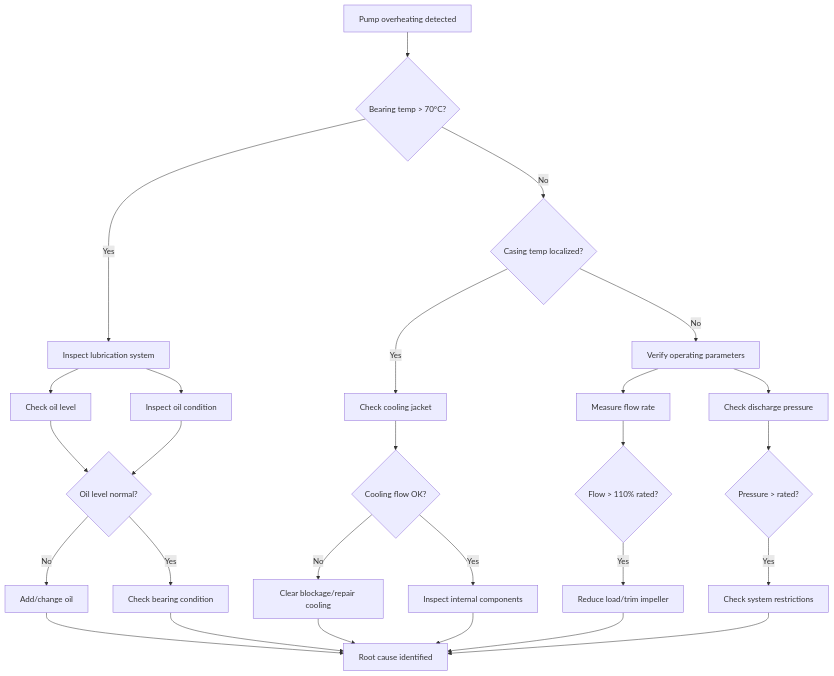
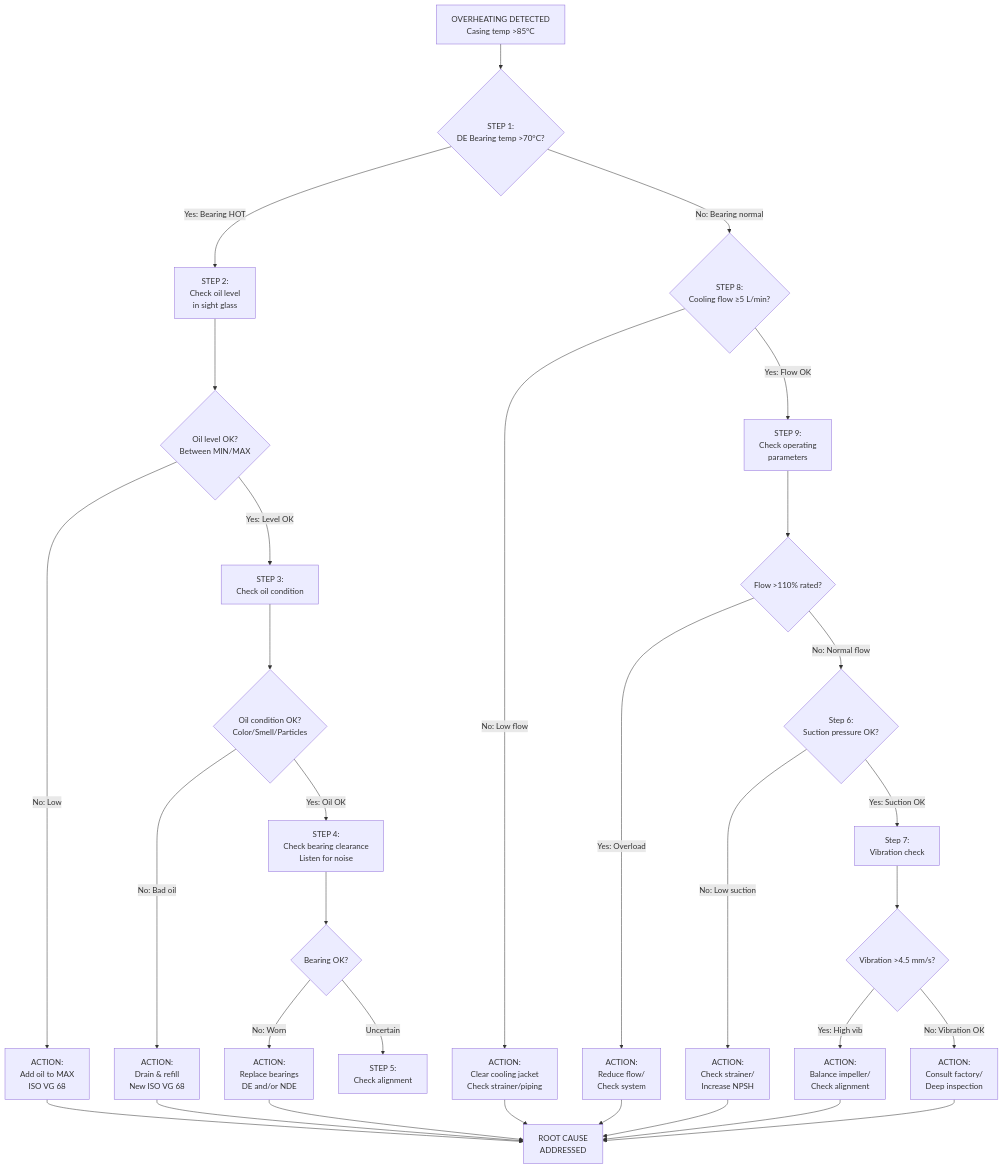
One commit to Ma-fee/diagnosisClaw changed the first of 2 diagrams in packages/xeno-agent/config/skills/diagnosis_planning/examples/pump_overheating.md. Above: the diagram before and after it, drawn with Mermaid. The commit also changed other lines of this file and 3 other files, not shown here.

````diff
--- a/packages/xeno-agent/config/skills/diagnosis_planning/examples/pump_overheating.md
+++ b/packages/xeno-agent/config/skills/diagnosis_planning/examples/pump_overheating.md
@@ -106,34 +287,42 @@
 ```mermaid
 graph TD
-    A["Pump overheating detected"] --> B{"Bearing temp > 70°C?"}
-    B -->|Yes| C["Inspect lubrication system"]
-    B -->|No| D{"Casing temp localized?"}
+    A["OVERHEATING DETECTED<br/>Casing temp >85°C"] --> B{"STEP 1:<br/>DE Bearing temp >70°C?"}
     
-    C --> C1["Check oil level"]
-    C --> C2["Inspect oil condition"]
-    C1 --> C3{"Oil level normal?"}
-    C2 --> C3
-    C3 -->|No| C4["Add/change oil"]
-    C3 -->|Yes| C5["Check bearing condition"]
+    B -->|"Yes: Bearing HOT"| C["STEP 2:<br/>Check oil level<br/>in sight glass"]
+    B -->|"No: Bearing normal"| D{"STEP 8:<br/>Cooling flow ≥5 L/min?"}
     
-    D -->|Yes| E["Check cooling jacket"]
-    D -->|No| F["Verify operating parameters"]
+    C --> C1{"Oil level OK?<br/>Between MIN/MAX"}
+    C1 -->|"No: Low"| C2["ACTION:<br/>Add oil to MAX<br/>ISO VG 68"]
+    C1 -->|"Yes: Level OK"| C3["STEP 3:<br/>Check oil condition"]
     
-    E --> E1{"Cooling flow OK?"}
-    E1 -->|No| E2["Clear blockage/repair cooling"]
-    E1 -->|Yes| E3["Inspect internal components"]
+    C3 --> C4{"Oil condition OK?<br/>Color/Smell/Particles"}
+    C4 -->|"No: Bad oil"| C5["ACTION:<br/>Drain & refill<br/>New ISO VG 68"]
+    C4 -->|"Yes: Oil OK"| C6["STEP 4:<br/>Check bearing clearance<br/>Listen for noise"]
     
-    F --> F1["Measure flow rate"]
-    F --> F2["Check discharge pressure"]
-    F1 --> F3{"Flow > 110% rated?"}
-    F2 --> F4{"Pressure > rated?"}
-    F3 -->|Yes| F5["Reduce load/trim impeller"]
-    F4 -->|Yes| F6["Check system restrictions"]
+    C6 --> C7{"Bearing OK?"}
+    C7 -->|"No: Worn"| C8["ACTION:<br/>Replace bearings<br/>DE and/or NDE"]
+    C7 -->|"Uncertain"| C9["STEP 5:<br/>Check alignment"]
     
-    C5 --> G["Root cause identified"]
-    E3 --> G
-    E2 --> G
-    C4 --> G
-    F5 --> G
-    F6 --> G
+    D -->|"No: Low flow"| D1["ACTION:<br/>Clear cooling jacket<br/>Check strainer/piping"]
+    D -->|"Yes: Flow OK"| D2["STEP 9:<br/>Check operating<br/>parameters"]
+    
+    D2 --> D3{"Flow >110% rated?"}
+    D3 -->|"Yes: Overload"| D4["ACTION:<br/>Reduce flow/<br/>Check system"]
+    D3 -->|"No: Normal flow"| D5{"Step 6:<br/>Suction pressure OK?"}
+    
+    D5 -->|"No: Low suction"| D6["ACTION:<br/>Check strainer/<br/>Increase NPSH"]
+    D5 -->|"Yes: Suction OK"| D7["Step 7:<br/>Vibration check"]
+    
+    D7 --> D8{"Vibration >4.5 mm/s?"}
+    D8 -->|"Yes: High vib"| D9["ACTION:<br/>Balance impeller/<br/>Check alignment"]
+    D8 -->|"No: Vibration OK"| D10["ACTION:<br/>Consult factory/<br/>Deep inspection"]
+    
+    C2 --> END["ROOT CAUSE<br/>ADDRESSED"]
+    C5 --> END
+    C8 --> END
+    D1 --> END
+    D4 --> END
+    D6 --> END
+    D9 --> END
+    D10 --> END
 ```
````
